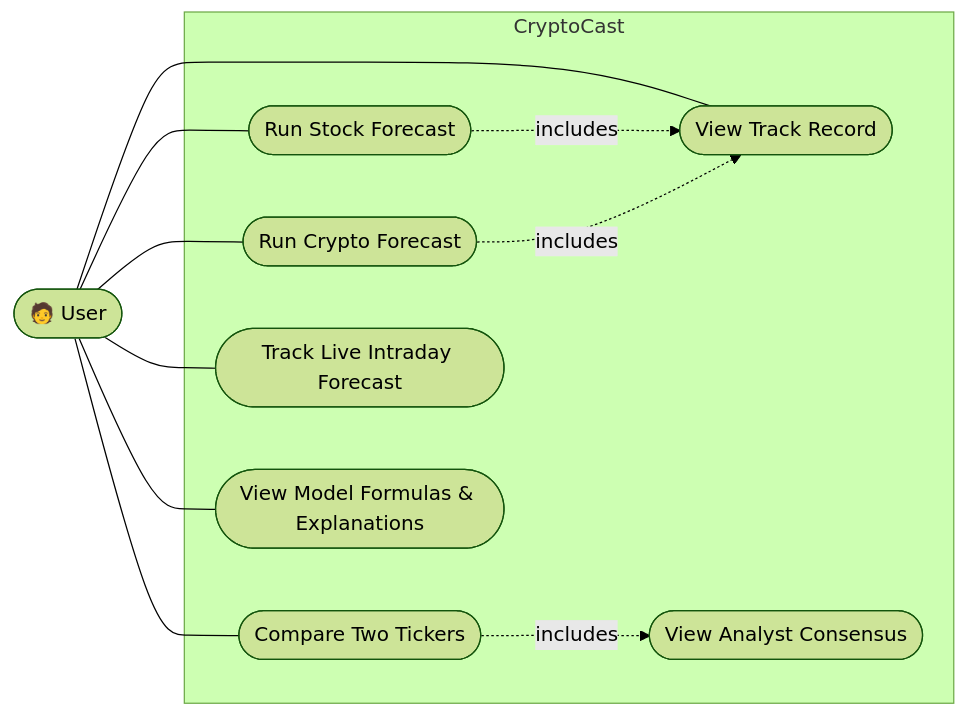
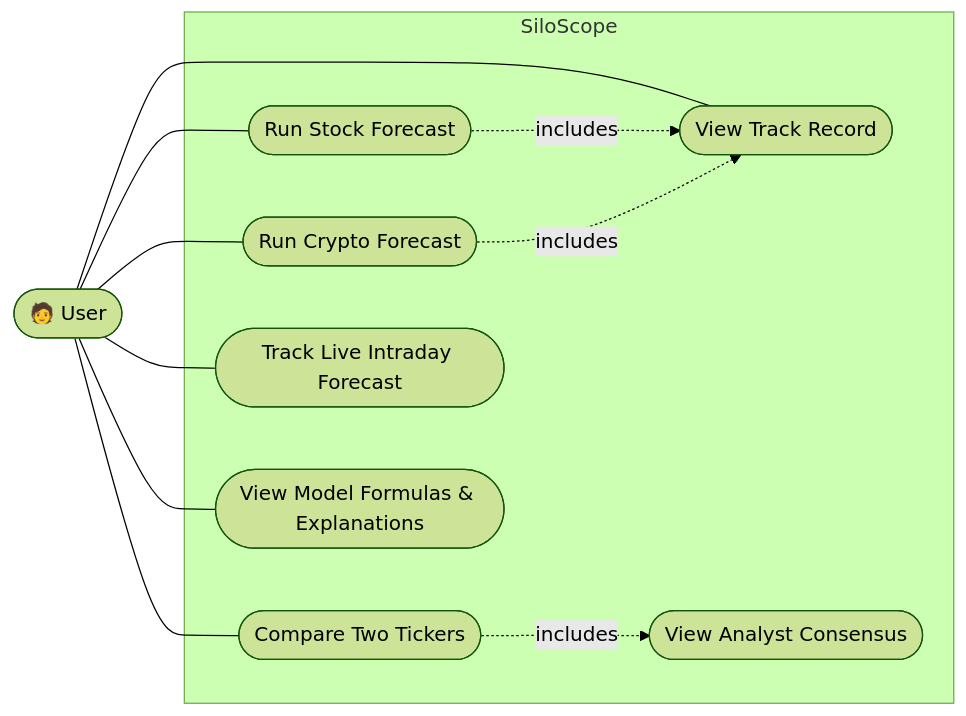
One commit to OmarNahhass/silo changed the diagram in docs/use-case-diagram.md. Above: the diagram before and after it, drawn with Mermaid (forest theme). The commit also changed 8 other files, not shown here.

First line of the commit message:
Rename CryptoCast to SiloScope throughout the project

````diff
--- a/docs/use-case-diagram.md
+++ b/docs/use-case-diagram.md
@@ -3,25 +3,25 @@
 ```mermaid
 flowchart LR
     User(["🧑 User"])
 
-    subgraph System["CryptoCast"]
+    subgraph System["SiloScope"]
         UC1(["Run Stock Forecast"])
         UC2(["Run Crypto Forecast"])
         UC3(["Compare Two Tickers"])
         UC4(["Track Live Intraday Forecast"])
         UC5(["View Model Formulas & Explanations"])
         UC6(["View Track Record"])
         UC7(["View Analyst Consensus"])
     end
 
     User --- UC1
     User --- UC2
     User --- UC3
     User --- UC4
     User --- UC5
     User --- UC6
 
     UC3 -.->|includes| UC7
     UC1 -.->|includes| UC6
     UC2 -.->|includes| UC6
 ```
````
